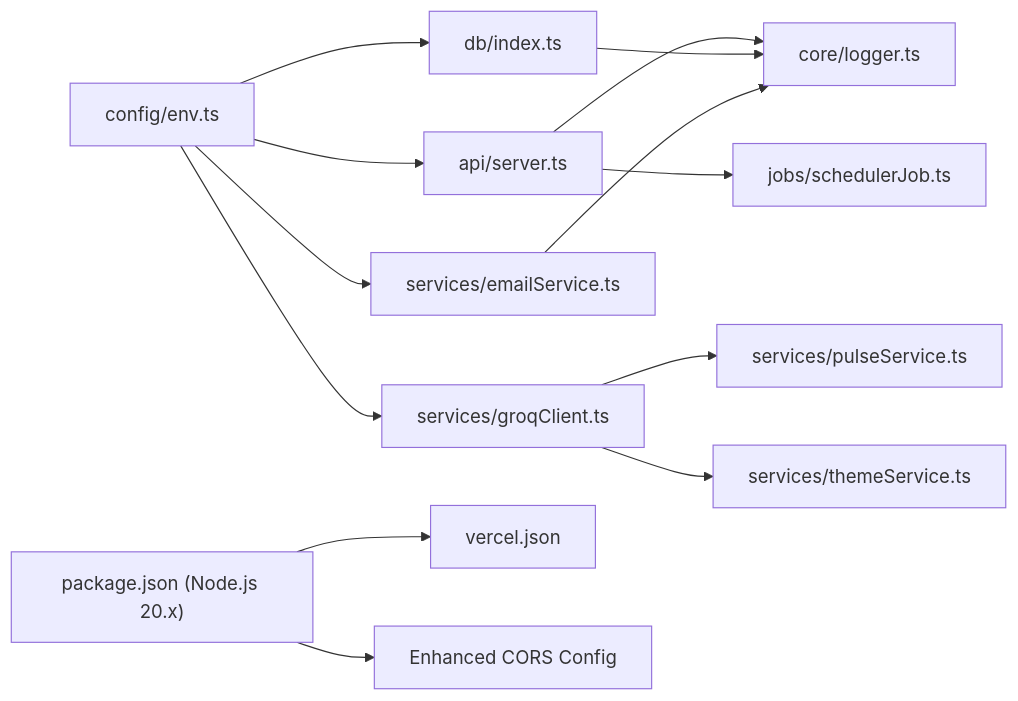
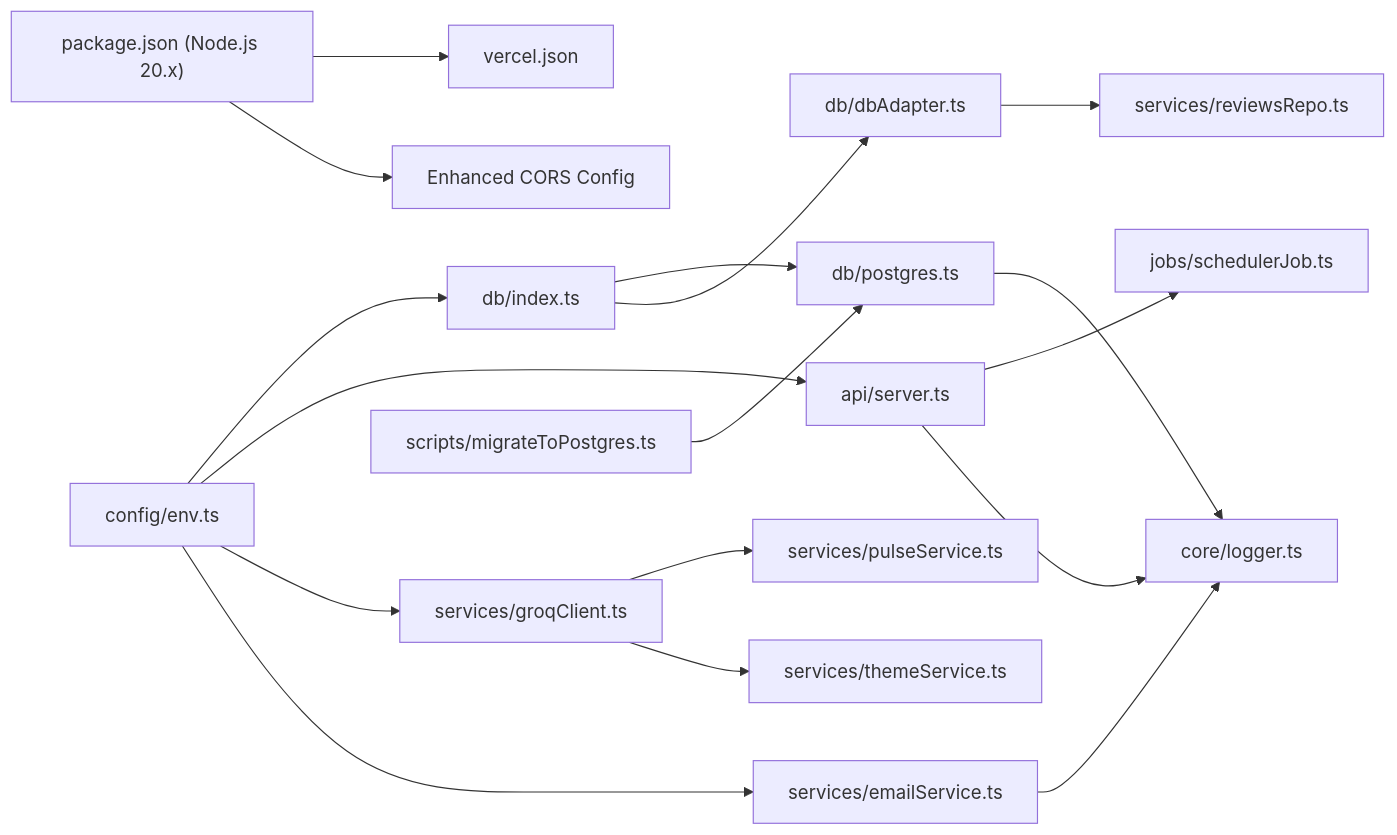
Before and after one commit to aravinthraj-ramalingam/Groww-App-Review-Insights-Analyzer-: the fourth of 4 diagrams in .qoder/repowiki/en/content/Configuration Management.md, drawn with Mermaid. The commit also changed other lines of this file and 10 other files, not shown here.

````diff
--- a/.qoder/repowiki/en/content/Configuration Management.md
+++ b/.qoder/repowiki/en/content/Configuration Management.md
@@ -340,15 +402,19 @@
 ```mermaid
 graph LR
 ENV["config/env.ts"] --> DBIDX["db/index.ts"]
 ENV --> SRV["api/server.ts"]
 ENV --> GROQ["services/groqClient.ts"]
 ENV --> EMAIL["services/emailService.ts"]
+DBIDX --> DBPOSTGRES["db/postgres.ts"]
+DBIDX --> DBADAPTER["db/dbAdapter.ts"]
+DBADAPTER --> REVIEWSREPO["services/reviewsRepo.ts"]
 SRV --> SCHED["jobs/schedulerJob.ts"]
 GROQ --> PULSE["services/pulseService.ts"]
 GROQ --> THEME["services/themeService.ts"]
 SRV --> LOG["core/logger.ts"]
-DBIDX --> LOG
+DBPOSTGRES --> LOG
 EMAIL --> LOG
 PKG["package.json (Node.js 20.x)"] --> VERCEL["vercel.json"]
 PKG --> CORS["Enhanced CORS Config"]
+MIGRATE["scripts/migrateToPostgres.ts"] --> DBPOSTGRES
 ```
````
